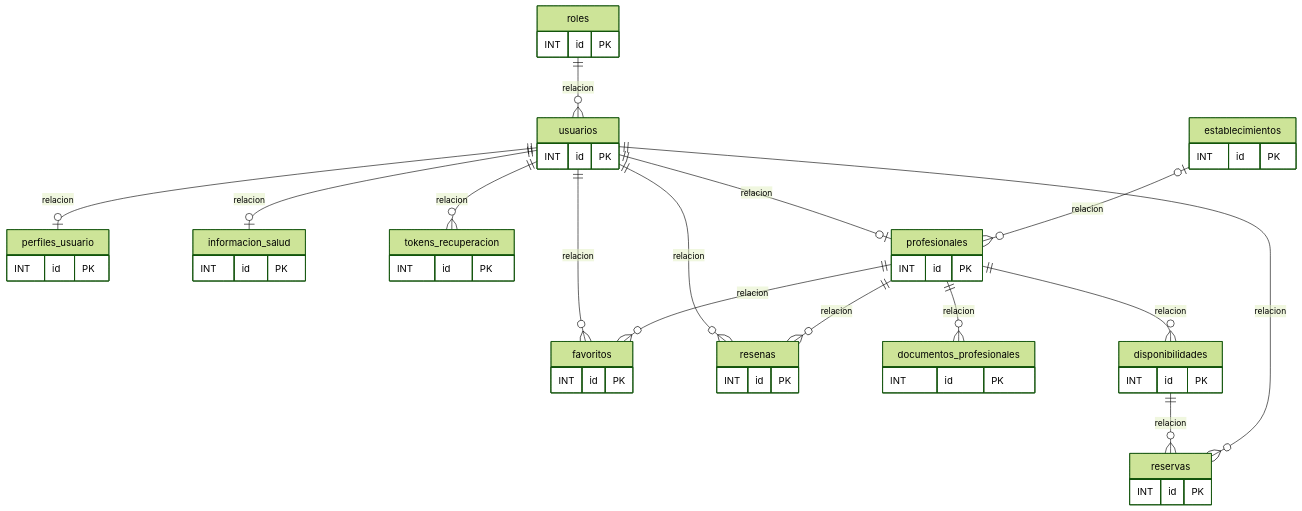
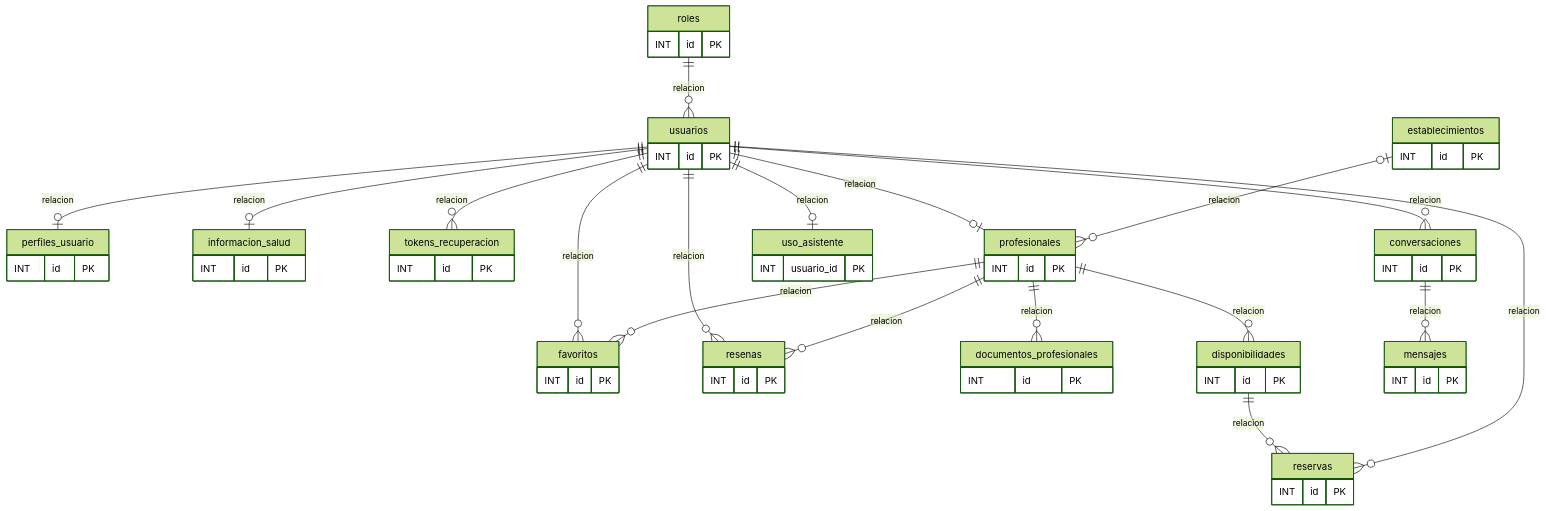
Before and after one commit to rodriacr/FitSearch: the diagram in FASE 2/Evidencias Proyecto/Evidencias de documentación/Diagramas (Miro)/Actualización Sprint 3/Presentacion_DAS/04_DER_Tablas_Implementadas_Resumen.mmd, drawn with Mermaid (forest theme). The commit also changed 68 other files, not shown here.

```diff
--- a/FASE 2/Evidencias Proyecto/Evidencias de documentación/Diagramas (Miro)/Actualización Sprint 3/Presentacion_DAS/04_DER_Tablas_Implementadas_Resumen.mmd
+++ b/FASE 2/Evidencias Proyecto/Evidencias de documentación/Diagramas (Miro)/Actualización Sprint 3/Presentacion_DAS/04_DER_Tablas_Implementadas_Resumen.mmd
@@ -1,51 +1,63 @@
 erDiagram
   roles ||--o{ usuarios : relacion
   usuarios ||--o| perfiles_usuario : relacion
   usuarios ||--o| informacion_salud : relacion
   usuarios ||--o{ tokens_recuperacion : relacion
   usuarios ||--o| profesionales : relacion
   establecimientos |o--o{ profesionales : relacion
   usuarios ||--o{ favoritos : relacion
   profesionales ||--o{ favoritos : relacion
   usuarios ||--o{ resenas : relacion
   profesionales ||--o{ resenas : relacion
   roles {
     INT id PK
   }
   usuarios {
     INT id PK
   }
   perfiles_usuario {
     INT id PK
   }
   informacion_salud {
     INT id PK
   }
   tokens_recuperacion {
     INT id PK
   }
   profesionales {
     INT id PK
   }
   establecimientos {
     INT id PK
   }
   favoritos {
     INT id PK
   }
   resenas {
     INT id PK
   }
   profesionales ||--o{ documentos_profesionales : relacion
   documentos_profesionales {
     INT id PK
   }
   profesionales ||--o{ disponibilidades : relacion
   disponibilidades ||--o{ reservas : relacion
   usuarios ||--o{ reservas : relacion
+  usuarios ||--o{ conversaciones : relacion
+  conversaciones ||--o{ mensajes : relacion
+  usuarios ||--o| uso_asistente : relacion
+  conversaciones {
+    INT id PK
+  }
+  mensajes {
+    INT id PK
+  }
+  uso_asistente {
+    INT usuario_id PK
+  }
   disponibilidades {
     INT id PK
   }
   reservas {
     INT id PK
   }
```
